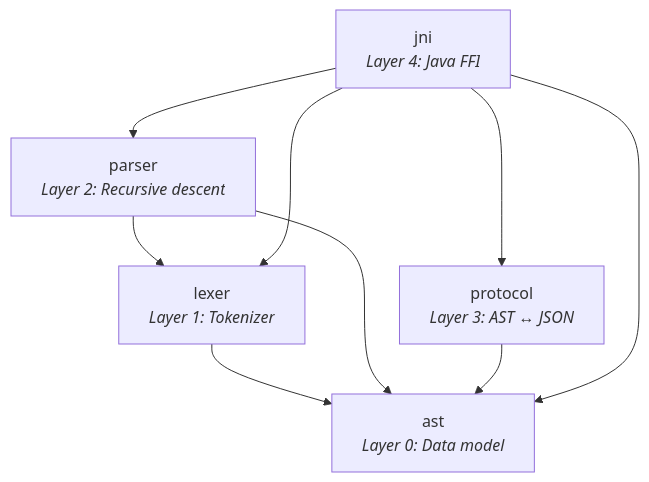
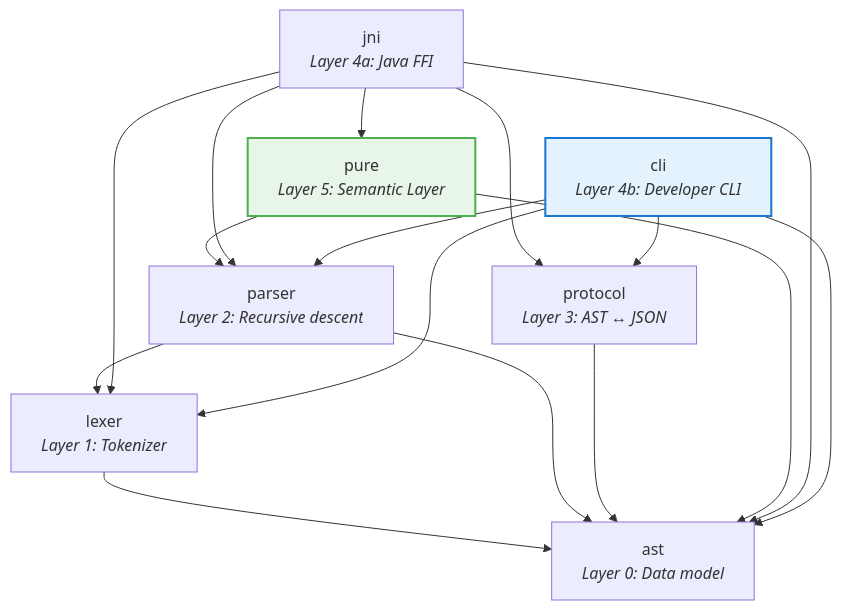
One commit to rafaelbey/legend-pure changed the diagram in ARCHITECTURE.md. Above: the diagram before and after it, drawn with Mermaid. The commit also changed other lines of this file and 33 other files, not shown here.

````diff
--- a/ARCHITECTURE.md
+++ b/ARCHITECTURE.md
@@ -5,17 +5,29 @@
 ```mermaid
 flowchart TD
     AST["ast<br/><i>Layer 0: Data model</i>"]
     LEX["lexer<br/><i>Layer 1: Tokenizer</i>"]
     PAR["parser<br/><i>Layer 2: Recursive descent</i>"]
     PRO["protocol<br/><i>Layer 3: AST ↔ JSON</i>"]
-    JNI["jni<br/><i>Layer 4: Java FFI</i>"]
+    JNI["jni<br/><i>Layer 4a: Java FFI</i>"]
+    CLI["cli<br/><i>Layer 4b: Developer CLI</i>"]
+    PURE["pure<br/><i>Layer 5: Semantic Layer</i>"]
 
     LEX --> AST
     PAR --> AST
     PAR --> LEX
     PRO --> AST
+    PURE --> AST
+    PURE --> PAR
     JNI --> AST
     JNI --> LEX
     JNI --> PAR
     JNI --> PRO
+    JNI --> PURE
+    CLI --> AST
+    CLI --> LEX
+    CLI --> PAR
+    CLI --> PRO
+
+    style PURE fill:#e8f5e9,stroke:#4caf50,stroke-width:2px
+    style CLI fill:#e3f2fd,stroke:#1976d2,stroke-width:2px
 ```
````
